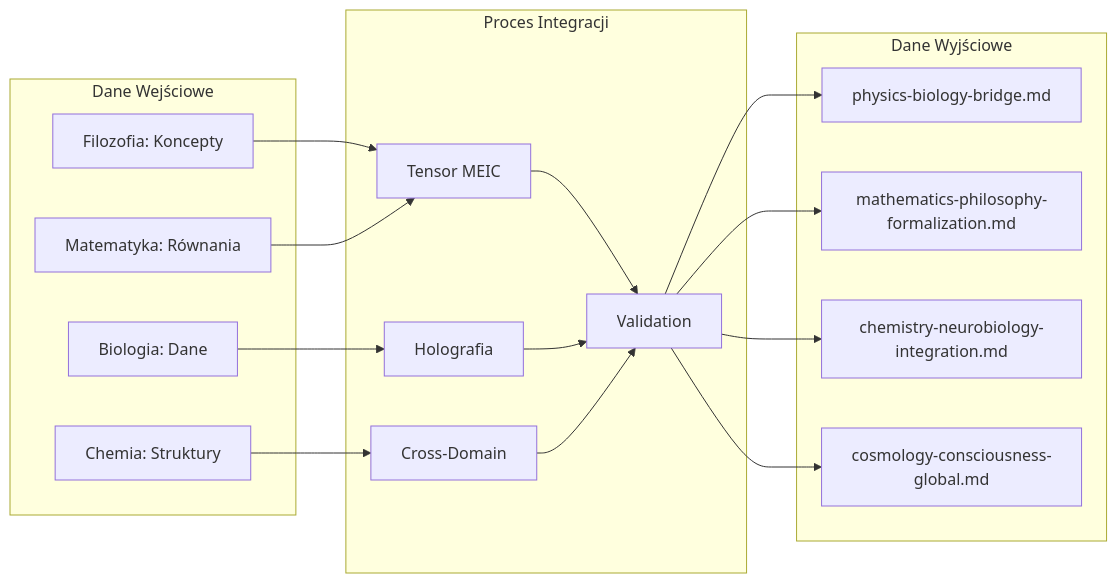
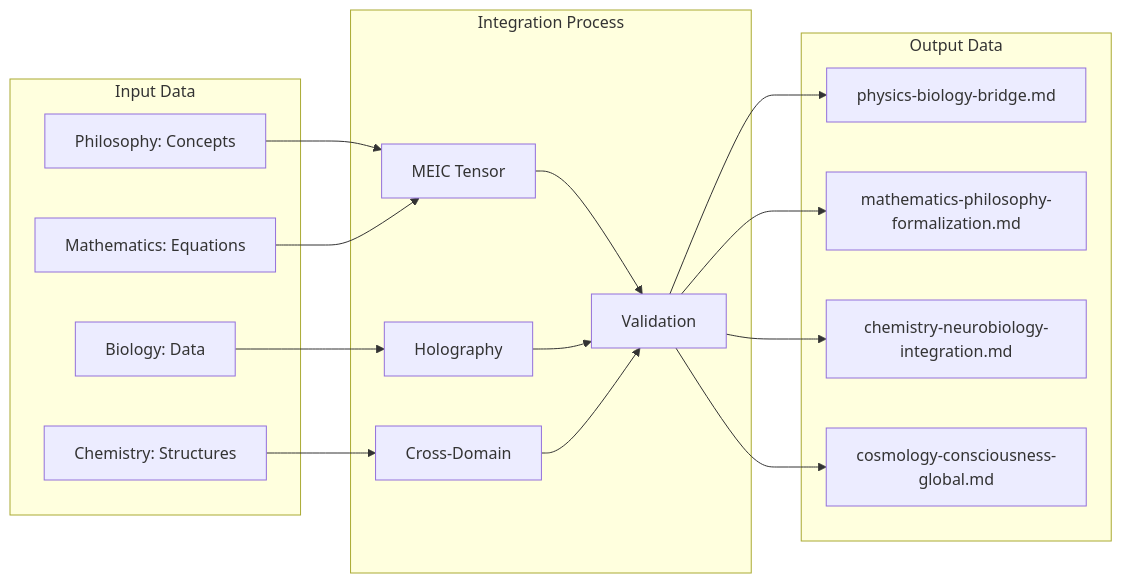
The second of 8 diagrams in theory/phase-4-interdisciplinary-integration/DIAGRAMS.md (piopio314/THEORY-OF-CONSCIOUS-INFORMATIONAL-DETERMINATION), drawn with Mermaid before and after one commit. The commit also changed other lines of this file and 23 other files, not shown here.

````diff
--- a/theory/phase-4-interdisciplinary-integration/DIAGRAMS.md
+++ b/theory/phase-4-interdisciplinary-integration/DIAGRAMS.md
@@ -35,37 +35,37 @@
 ```mermaid
 flowchart LR
-    subgraph "Dane Wejściowe"
-        P1[Filozofia: Koncepty]
-        P2[Matematyka: Równania]
-        P3[Biologia: Dane]
-        P4[Chemia: Struktury]
+    subgraph "Input Data"
+        P1[Philosophy: Concepts]
+        P2[Mathematics: Equations]
+        P3[Biology: Data]
+        P4[Chemistry: Structures]
     end
     
-    subgraph "Proces Integracji"
-        I1[Tensor MEIC]
-        I2[Holografia]
+    subgraph "Integration Process"
+        I1[MEIC Tensor]
+        I2[Holography]
         I3[Cross-Domain]
         I4[Validation]
     end
     
-    subgraph "Dane Wyjściowe"
+    subgraph "Output Data"
         O1[physics-biology-bridge.md]
         O2[mathematics-philosophy-formalization.md]
         O3[chemistry-neurobiology-integration.md]
         O4[cosmology-consciousness-global.md]
     end
     
     P1 --> I1
     P2 --> I1
     P3 --> I2
     P4 --> I3
     
     I1 --> I4
     I2 --> I4
     I3 --> I4
     
     I4 --> O1
     I4 --> O2
     I4 --> O3
     I4 --> O4
 ```
````
